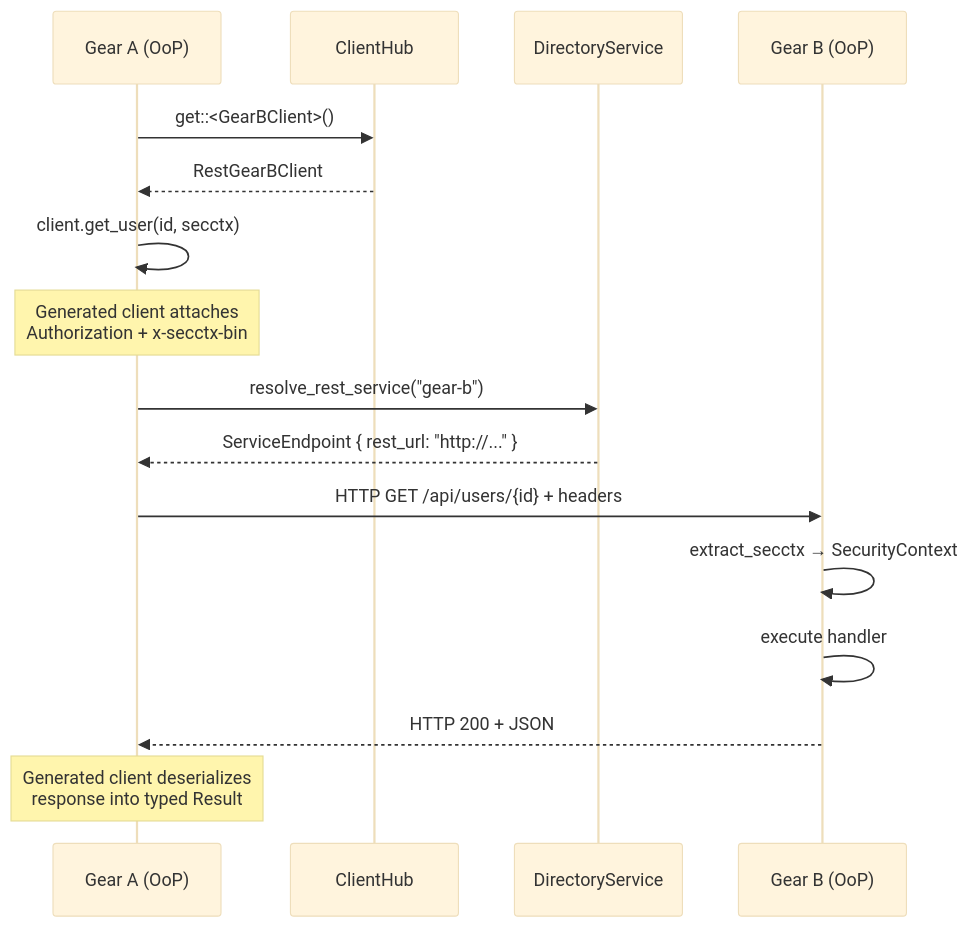
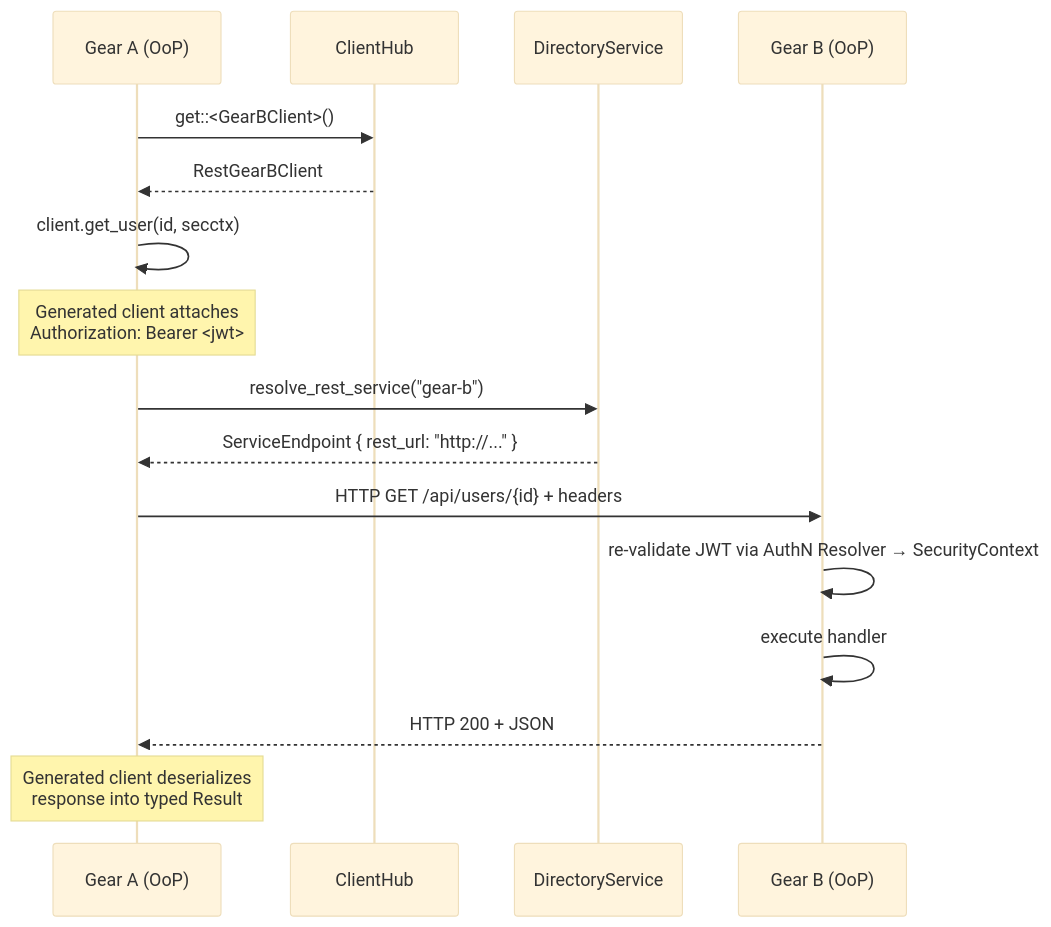
The second of 8 diagrams in docs/arch/toolkit-oop/DESIGN.md (constructorfabric/gears-rust), drawn with Mermaid (base theme) before and after one commit. The commit also changed other lines of this file and 7 other files, not shown here.

````diff
--- a/docs/arch/toolkit-oop/DESIGN.md
+++ b/docs/arch/toolkit-oop/DESIGN.md
@@ -984,19 +1042,19 @@
 ```mermaid
 sequenceDiagram
     participant ModA as Gear A (OoP)
     participant Hub as ClientHub
     participant Dir as DirectoryService
     participant ModB as Gear B (OoP)
 
     ModA->>Hub: get::<GearBClient>()
     Hub-->>ModA: RestGearBClient
     ModA->>ModA: client.get_user(id, secctx)
-    Note over ModA: Generated client attaches<br/>Authorization + x-secctx-bin
+    Note over ModA: Generated client attaches<br/>Authorization: Bearer <jwt>
     ModA->>Dir: resolve_rest_service("gear-b")
     Dir-->>ModA: ServiceEndpoint { rest_url: "http://..." }
     ModA->>ModB: HTTP GET /api/users/{id} + headers
-    ModB->>ModB: extract_secctx → SecurityContext
+    ModB->>ModB: re-validate JWT via AuthN Resolver → SecurityContext
     ModB->>ModB: execute handler
     ModB-->>ModA: HTTP 200 + JSON
     Note over ModA: Generated client deserializes<br/>response into typed Result
 ```
````
